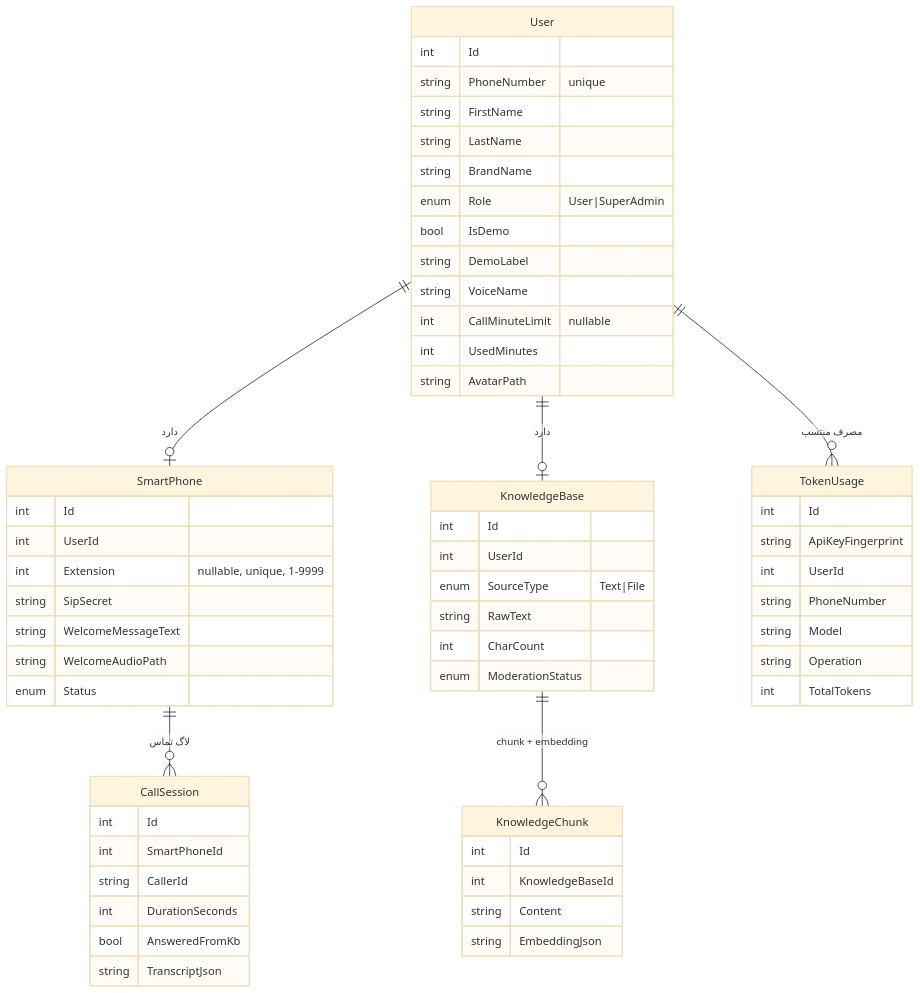
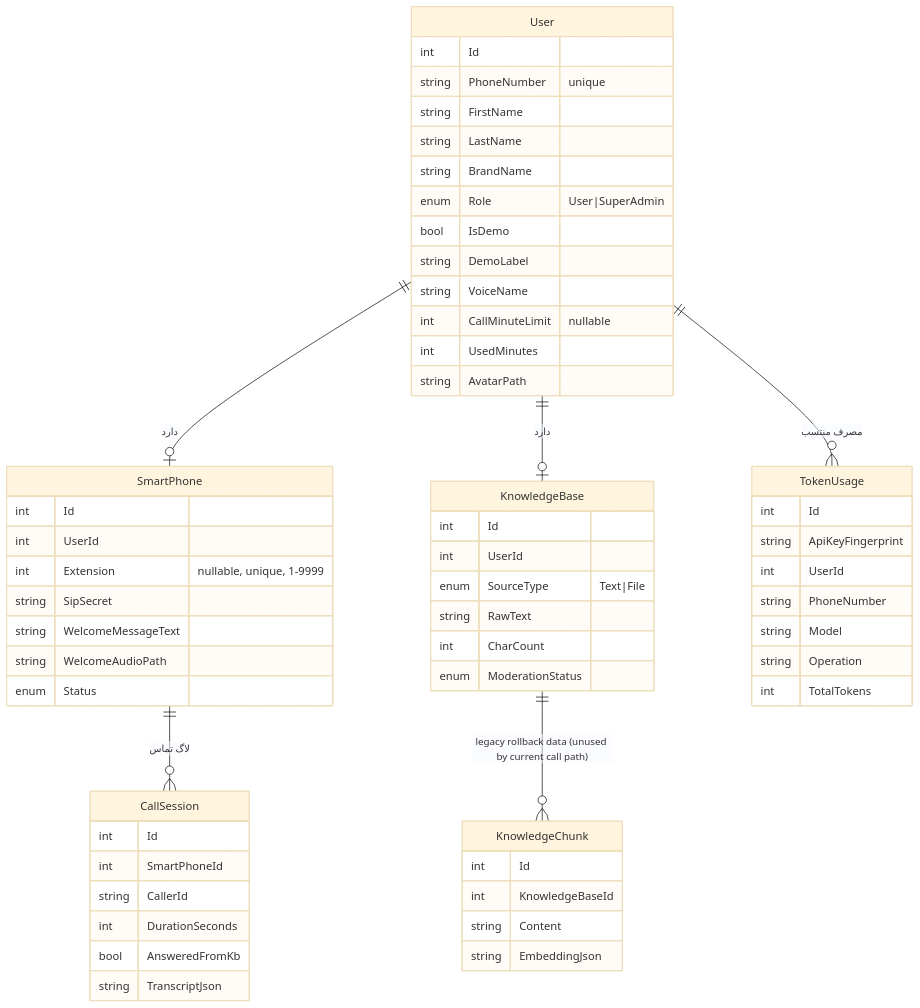
Before and after one commit to mohamadkheiry/ArkaCallCenterDemo: the third of 8 diagrams in docs/ARCHITECTURE.md, drawn with Mermaid (base theme). The commit also changed other lines of this file and 18 other files, not shown here.

Commit message:
feat: answer calls from complete knowledge base

````diff
--- a/docs/ARCHITECTURE.md
+++ b/docs/ARCHITECTURE.md
@@ -121,63 +121,63 @@
 ```mermaid
 erDiagram
     User ||--o| SmartPhone : دارد
     User ||--o| KnowledgeBase : دارد
-    KnowledgeBase ||--o{ KnowledgeChunk : "chunk + embedding"
+    KnowledgeBase ||--o{ KnowledgeChunk : "legacy rollback data (unused by current call path)"
     SmartPhone ||--o{ CallSession : "لاگ تماس"
     User ||--o{ TokenUsage : "مصرف منتسب"
 
     User {
       int Id
       string PhoneNumber "unique"
       string FirstName
       string LastName
       string BrandName
       enum Role "User|SuperAdmin"
       bool IsDemo
       string DemoLabel
       string VoiceName
       int CallMinuteLimit "nullable"
       int UsedMinutes
       string AvatarPath
     }
     SmartPhone {
       int Id
       int UserId
       int Extension "nullable, unique, 1-9999"
       string SipSecret
       string WelcomeMessageText
       string WelcomeAudioPath
       enum Status
     }
     KnowledgeBase {
       int Id
       int UserId
       enum SourceType "Text|File"
       string RawText
       int CharCount
       enum ModerationStatus
     }
     KnowledgeChunk {
       int Id
       int KnowledgeBaseId
       string Content
       string EmbeddingJson
     }
     CallSession {
       int Id
       int SmartPhoneId
       string CallerId
       int DurationSeconds
       bool AnsweredFromKb
       string TranscriptJson
     }
     TokenUsage {
       int Id
       string ApiKeyFingerprint
       int UserId
       string PhoneNumber
       string Model
       string Operation
       int TotalTokens
     }
 ```
````
